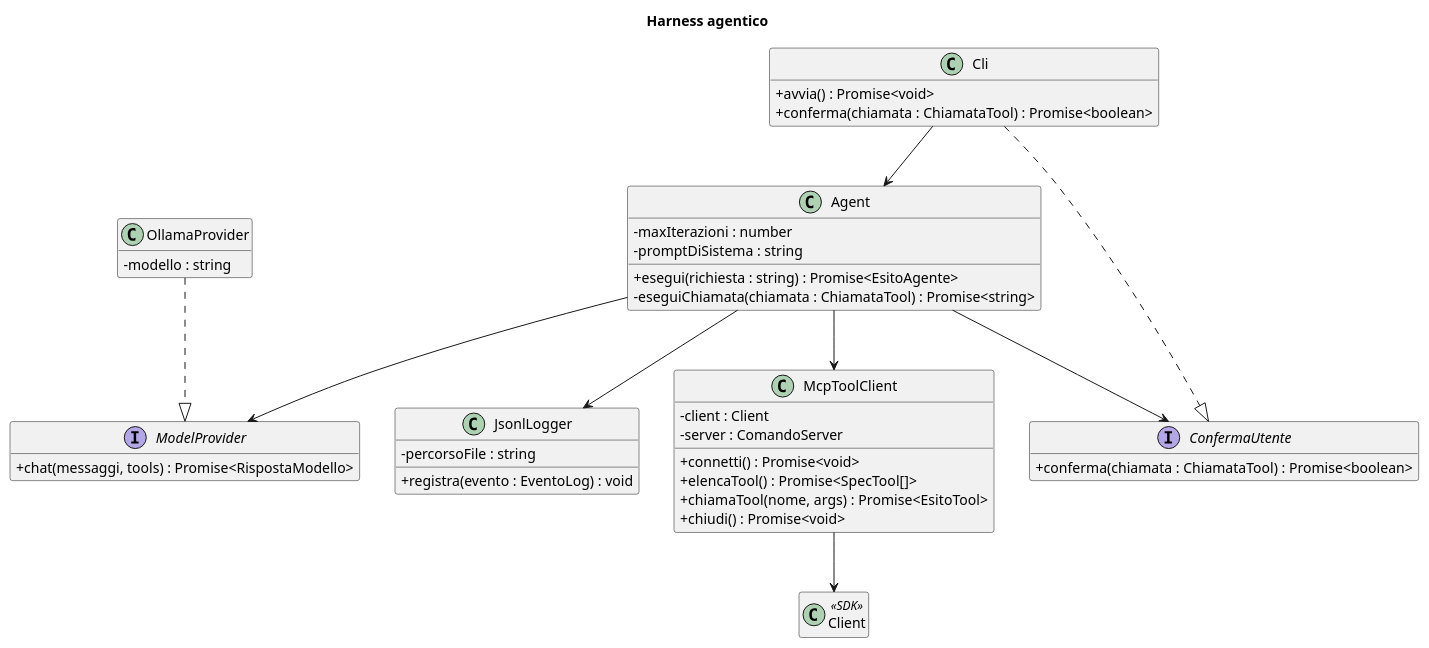
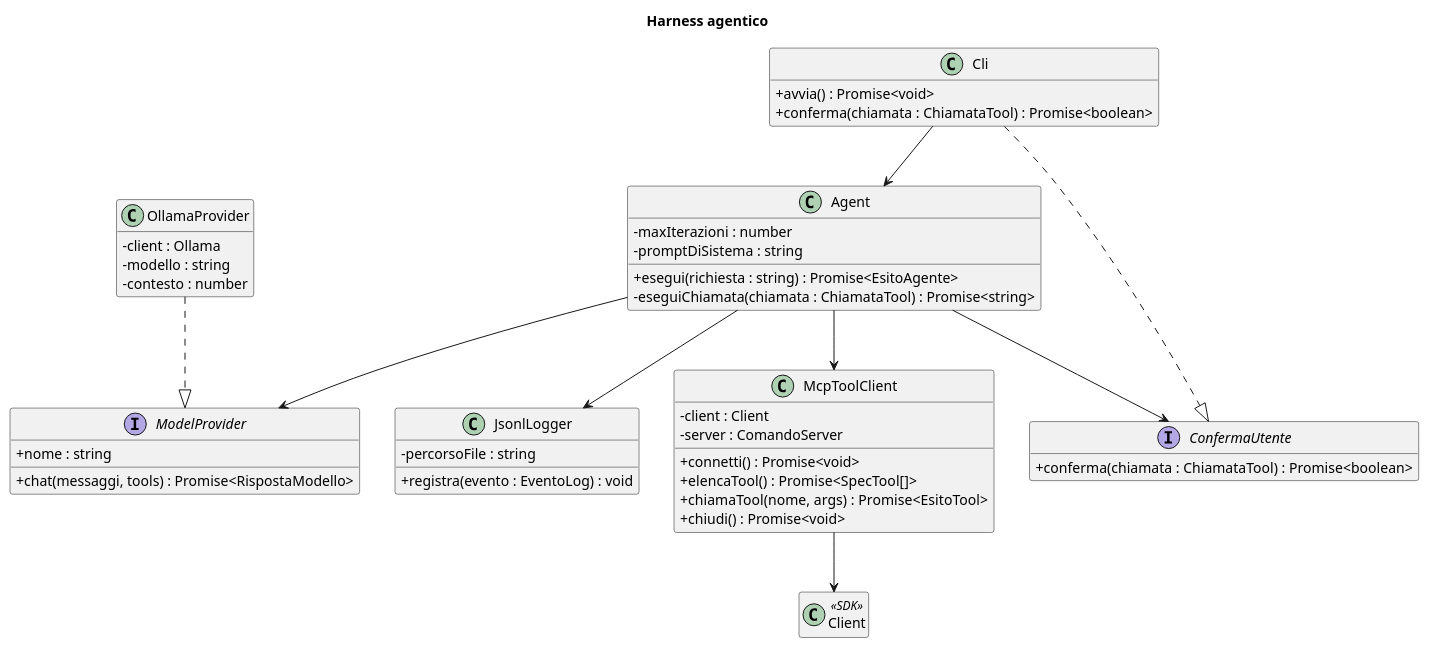
The diagram in docs/diagrammi/classi-harness.puml (LeoDS99/pw26-agente-recall), drawn with PlantUML before and after one commit. The commit also changed 5 other files, not shown here.

Commit message:
Harness: ModelProvider (astrazione dal modello) e OllamaProvider; tipi della conversazione; diagramma allineato

```diff
--- a/docs/diagrammi/classi-harness.puml
+++ b/docs/diagrammi/classi-harness.puml
@@ -1,54 +1,57 @@
 @startuml classi-harness
 skinparam classAttributeIconSize 0
 hide empty members
 title Harness agentico
 
 class Client <<SDK>>
 
 class Cli {
   + avvia() : Promise<void>
   + conferma(chiamata : ChiamataTool) : Promise<boolean>
 }
 
 class Agent {
   - maxIterazioni : number
   - promptDiSistema : string
   + esegui(richiesta : string) : Promise<EsitoAgente>
   - eseguiChiamata(chiamata : ChiamataTool) : Promise<string>
 }
 
 interface ModelProvider {
+  + nome : string
   + chat(messaggi, tools) : Promise<RispostaModello>
 }
 
 class OllamaProvider {
+  - client : Ollama
   - modello : string
+  - contesto : number
 }
 
 interface ConfermaUtente {
   + conferma(chiamata : ChiamataTool) : Promise<boolean>
 }
 
 class McpToolClient {
   - client : Client
   - server : ComandoServer
   + connetti() : Promise<void>
   + elencaTool() : Promise<SpecTool[]>
   + chiamaTool(nome, args) : Promise<EsitoTool>
   + chiudi() : Promise<void>
 }
 
 class JsonlLogger {
   - percorsoFile : string
   + registra(evento : EventoLog) : void
 }
 
 Cli --> Agent
 Cli ..|> ConfermaUtente
 Agent --> ModelProvider
 Agent --> McpToolClient
 Agent --> ConfermaUtente
 Agent --> JsonlLogger
 OllamaProvider ..|> ModelProvider
 McpToolClient --> Client
 @enduml
```
